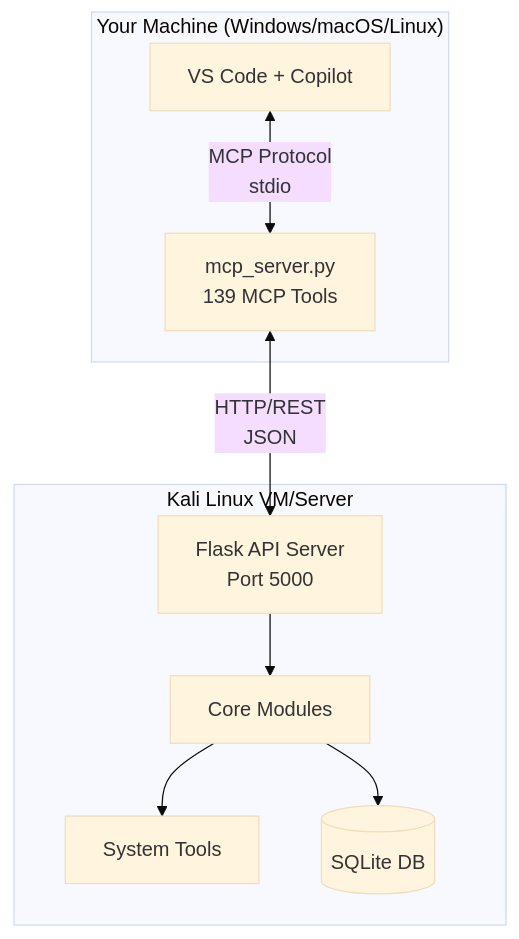
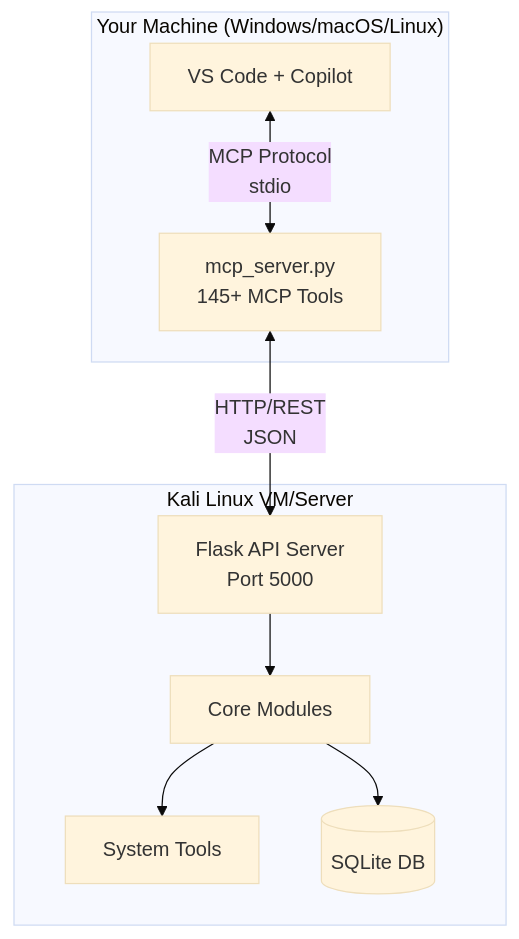
Before and after one commit to zebbern/zebbern-kali-mcp: the first of 5 diagrams in docs/architecture.md, drawn with Mermaid (base theme). The commit also changed other lines of this file and 44 other files, not shown here.

````diff
--- a/docs/architecture.md
+++ b/docs/architecture.md
@@ -11,21 +11,21 @@
 ```mermaid
 flowchart TB
     subgraph LOCAL["Your Machine (Windows/macOS/Linux)"]
         VSC[VS Code + Copilot]
-        MCP[mcp_server.py<br/>139 MCP Tools]
+        MCP[mcp_server.py<br/>145+ MCP Tools]
         VSC <-->|MCP Protocol<br/>stdio| MCP
     end
-    
+
     subgraph KALI["Kali Linux VM/Server"]
         API[Flask API Server<br/>Port 5000]
         CORE[Core Modules]
         TOOLS[System Tools]
         DB[(SQLite DB)]
-        
+
         API --> CORE
         CORE --> TOOLS
         CORE --> DB
     end
-    
+
     MCP <-->|HTTP/REST<br/>JSON| API
 ```
````
